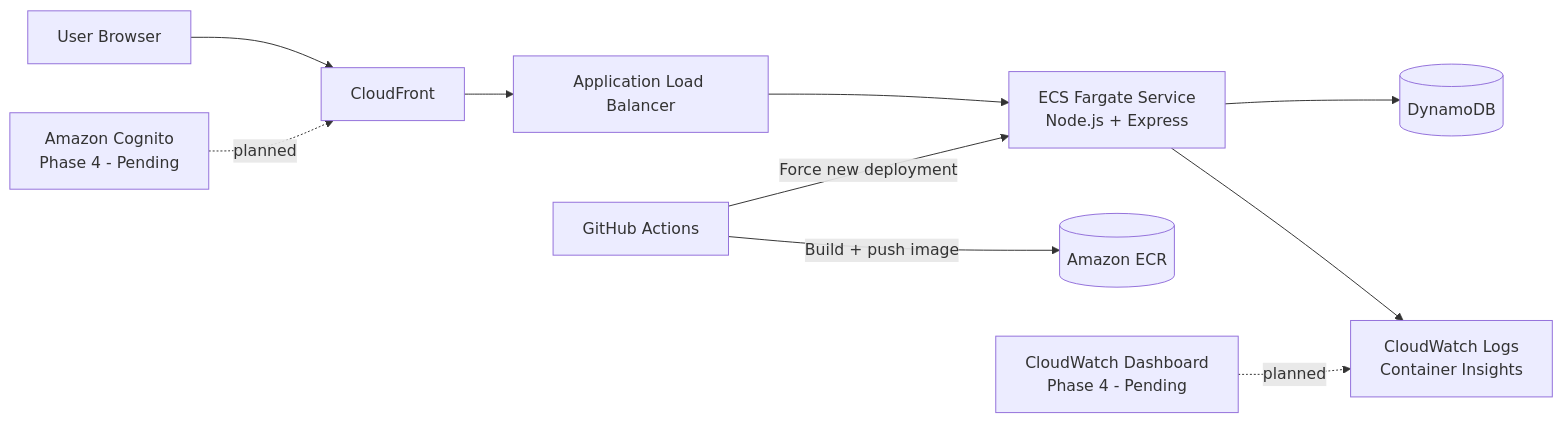
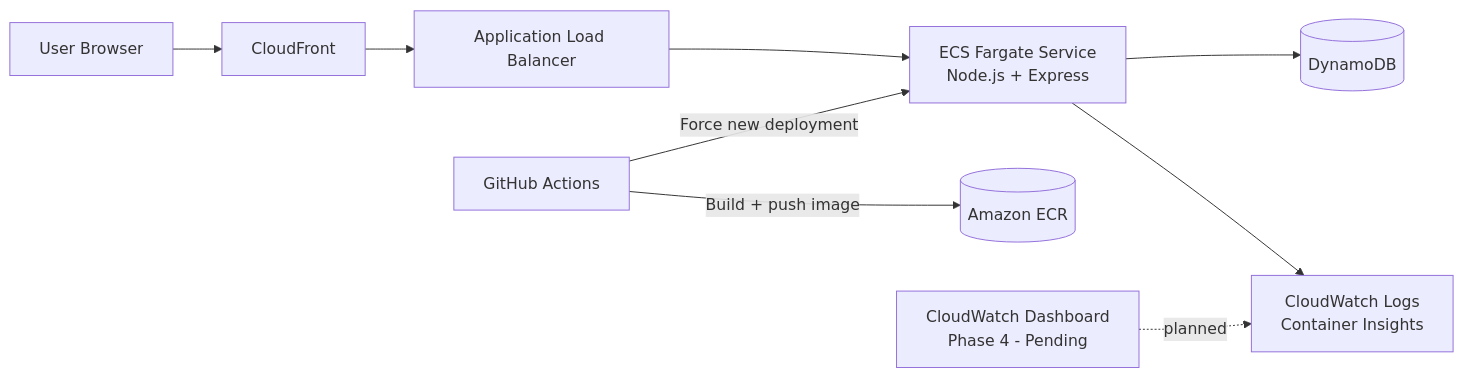
One commit to maneeshaYasinth/snip-infra changed the diagram in readme.md. Above: the diagram before and after it, drawn with Mermaid. The commit also changed other lines of this file, not shown here.

Commit message:
docs: remove cognito and keep phase 4 cloudwatch dashboard

````diff
--- a/readme.md
+++ b/readme.md
@@ -36,20 +35,18 @@
 ```mermaid
 flowchart LR
         U[User Browser]
         CF[CloudFront]
         ALB[Application Load Balancer]
         ECS[ECS Fargate Service\nNode.js + Express]
         DDB[(DynamoDB)]
         ECR[(Amazon ECR)]
         GHA[GitHub Actions]
         CW[CloudWatch Logs\nContainer Insights]
-        COG[Amazon Cognito\nPhase 4 - Pending]
         CWD[CloudWatch Dashboard\nPhase 4 - Pending]
 
         U --> CF --> ALB --> ECS --> DDB
         GHA -->|Build + push image| ECR
         GHA -->|Force new deployment| ECS
         ECS --> CW
-        COG -.planned.-> CF
         CWD -.planned.-> CW
 ```
````
